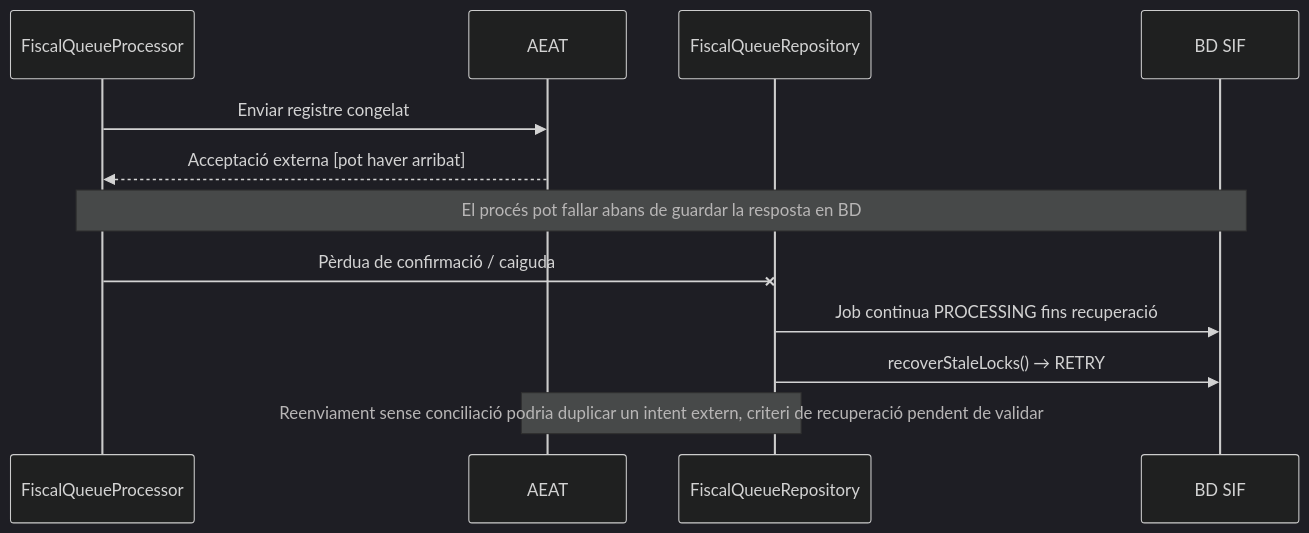
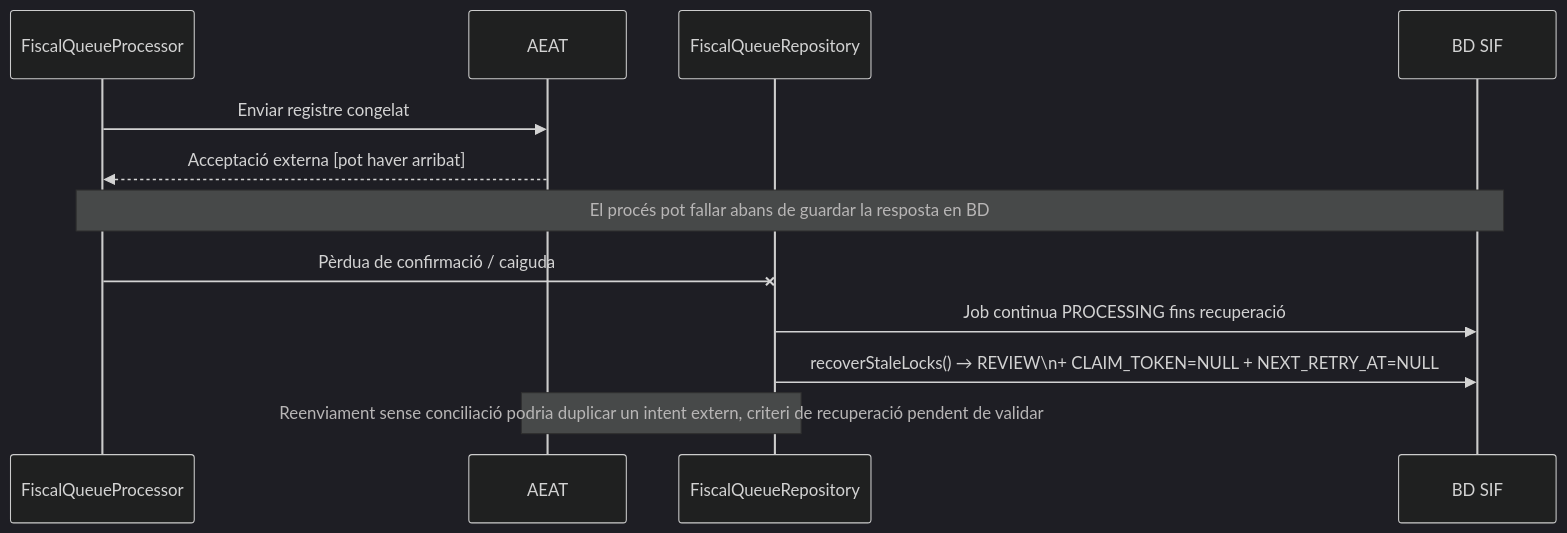
The fifth of 10 diagrams in documentacio/07-uml-integrat/uc-009-remetre-registre-aeat.md (orgmeriemprismacat-del/verifactu), drawn with Mermaid (dark theme) before and after one commit. The commit also changed other lines of this file, not shown here.

Commit message:
docs(UC-009): corregir semantica stale PROCESSING a REVIEW

````diff
--- a/documentacio/07-uml-integrat/uc-009-remetre-registre-aeat.md
+++ b/documentacio/07-uml-integrat/uc-009-remetre-registre-aeat.md
@@ -210,14 +210,14 @@
 ```mermaid
 sequenceDiagram
 participant P as FiscalQueueProcessor
 participant T as AEAT
 participant Q as FiscalQueueRepository
 participant DB as BD SIF
 P->>T: Enviar registre congelat
 T-->>P: Acceptació externa [pot haver arribat]
 Note over P,DB: El procés pot fallar abans de guardar la resposta en BD
 P-xQ: Pèrdua de confirmació / caiguda
 Q->>DB: Job continua PROCESSING fins recuperació
-Q->>DB: recoverStaleLocks() → RETRY
+Q->>DB: recoverStaleLocks() → REVIEW\n+ CLAIM_TOKEN=NULL + NEXT_RETRY_AT=NULL
 Note over Q,T: Reenviament sense conciliació podria duplicar un intent extern, criteri de recuperació pendent de validar
 ```
````
